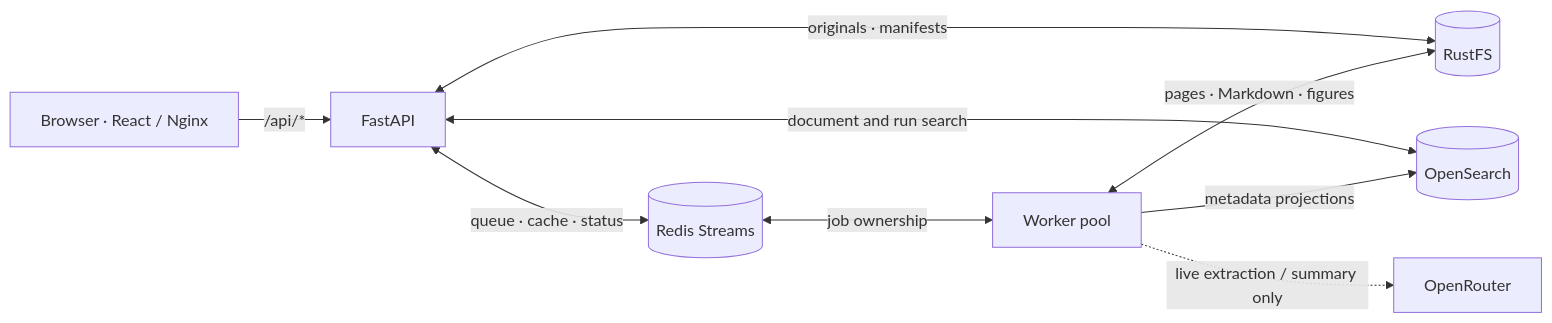
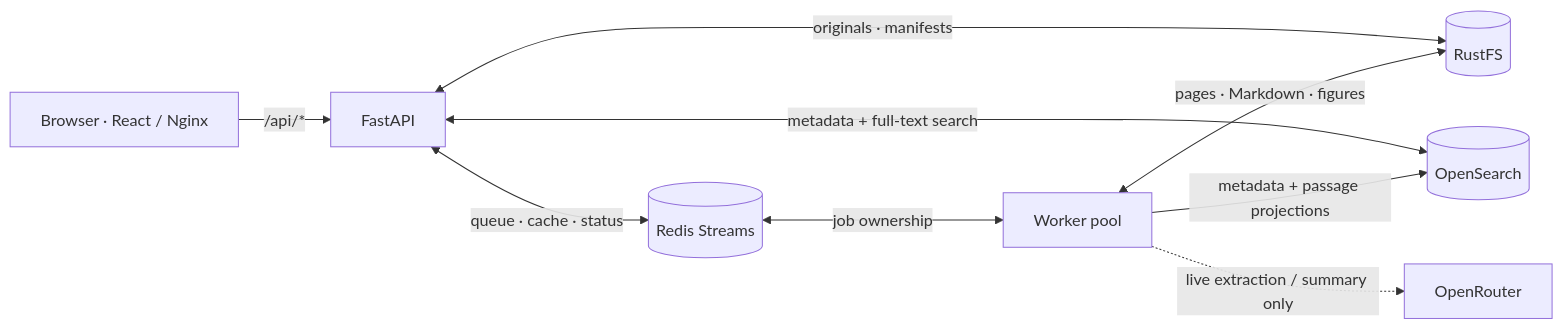
The diagram in README.md (ipeev/pdf-processor), drawn with Mermaid before and after one commit. The commit also changed other lines of this file and 73 other files, not shown here.

````diff
--- a/README.md
+++ b/README.md
@@ -31,11 +31,11 @@
 ```mermaid
 flowchart LR
     Browser["Browser · React / Nginx"] -->|"/api/*"| API["FastAPI"]
     API <-->|"queue · cache · status"| Redis[(Redis Streams)]
     Redis <-->|"job ownership"| Workers["Worker pool"]
     API <-->|"originals · manifests"| RustFS[(RustFS)]
     Workers <-->|"pages · Markdown · figures"| RustFS
-    API <-->|"document and run search"| Search[(OpenSearch)]
-    Workers -->|"metadata projections"| Search
+    API <-->|"metadata + full-text search"| Search[(OpenSearch)]
+    Workers -->|"metadata + passage projections"| Search
     Workers -.->|"live extraction / summary only"| OpenRouter["OpenRouter"]
 ```
````
